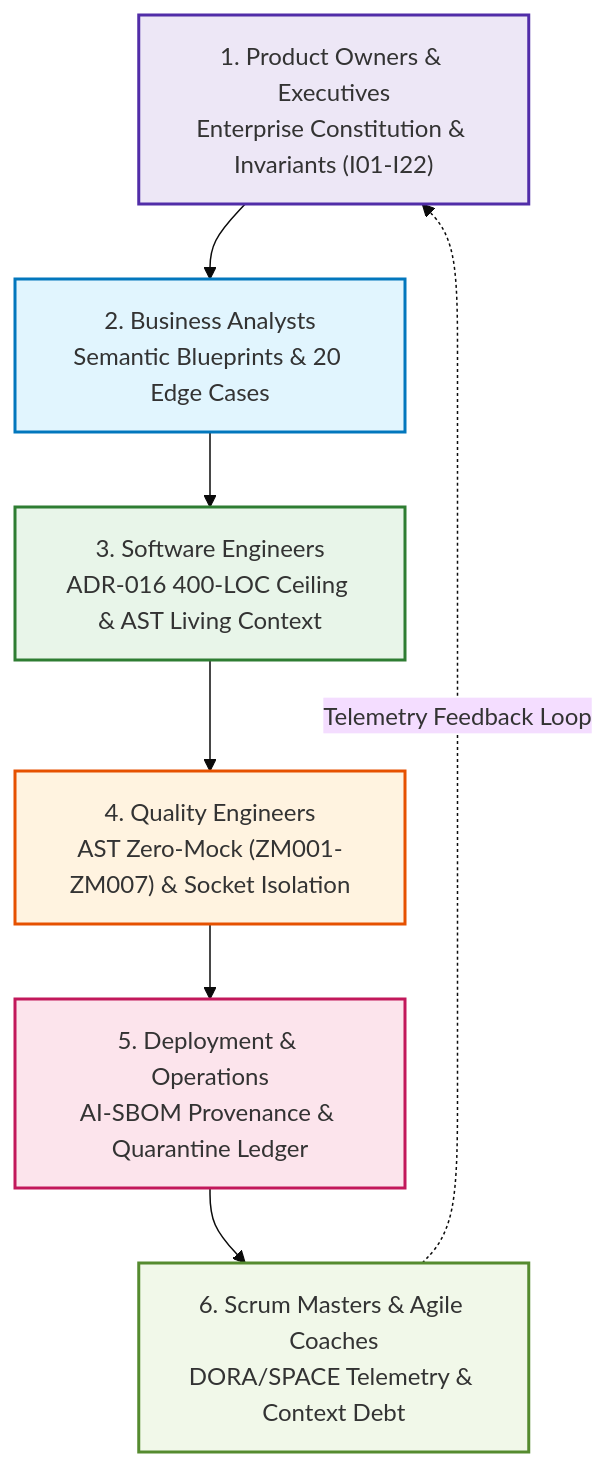
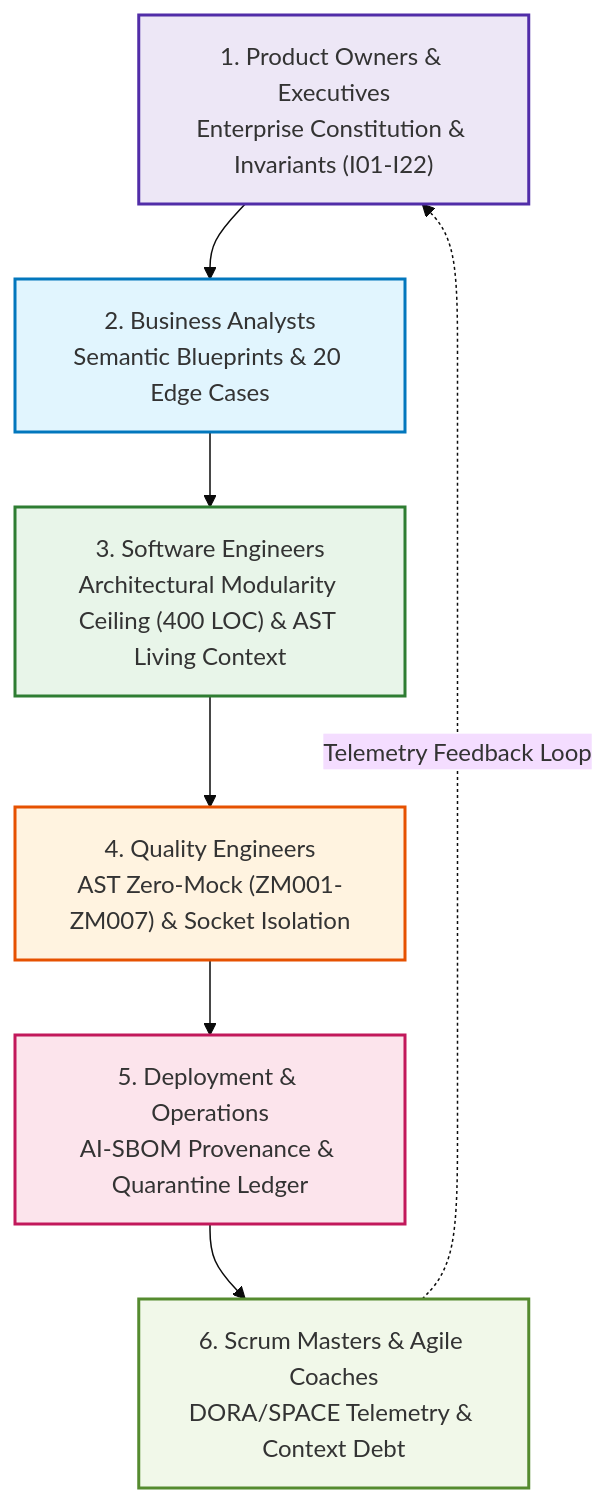
One commit to bdchang403/AI_Software_Foundations changed the diagram in README.md. Above: the diagram before and after it, drawn with Mermaid (base theme). The commit also changed other lines of this file and 24 other files, not shown here.

````diff
--- a/README.md
+++ b/README.md
@@ -71,16 +71,16 @@
 ```mermaid
 flowchart TD
     PO["1. Product Owners & Executives<br>Enterprise Constitution & Invariants (I01-I22)"] --> BA["2. Business Analysts<br>Semantic Blueprints & 20 Edge Cases"]
-    BA --> DEV["3. Software Engineers<br>ADR-016 400-LOC Ceiling & AST Living Context"]
+    BA --> DEV["3. Software Engineers<br>Architectural Modularity Ceiling (400 LOC) & AST Living Context"]
     DEV --> QE["4. Quality Engineers<br>AST Zero-Mock (ZM001-ZM007) & Socket Isolation"]
     QE --> OPS["5. Deployment & Operations<br>AI-SBOM Provenance & Quarantine Ledger"]
     OPS --> SM["6. Scrum Masters & Agile Coaches<br>DORA/SPACE Telemetry & Context Debt"]
     SM -. "Telemetry Feedback Loop" .-> PO
 
     style PO fill:#ede7f6,stroke:#512da8,stroke-width:2px;
     style BA fill:#e1f5fe,stroke:#0277bd,stroke-width:2px;
     style DEV fill:#e8f5e9,stroke:#2e7d32,stroke-width:2px;
     style QE fill:#fff3e0,stroke:#e65100,stroke-width:2px;
     style OPS fill:#fce4ec,stroke:#c2185b,stroke-width:2px;
     style SM fill:#f1f8e9,stroke:#558b2f,stroke-width:2px;
 ```
````
